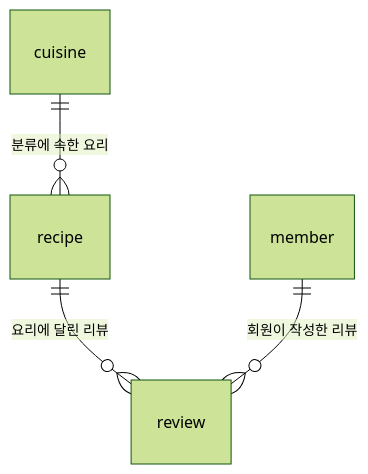
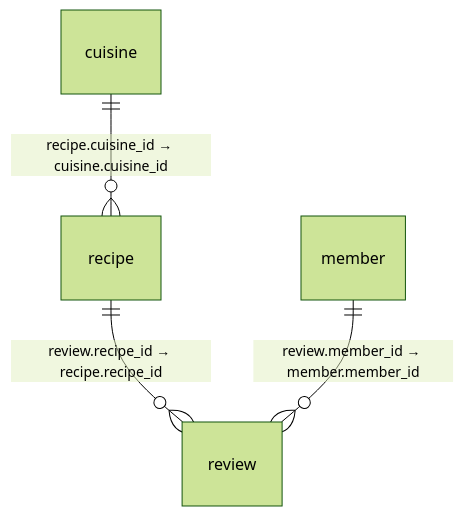
Before and after one commit to PBK98/db_basic: the diagram in README.md, drawn with Mermaid (forest theme).

Commit message:
docs: Mermaid ERD 관계 라벨을 외래키 표기로 변경

````diff
--- a/README.md
+++ b/README.md
@@ -74,6 +74,6 @@
 ```mermaid
 erDiagram
-    cuisine ||--o{ recipe : "분류에 속한 요리"
-    recipe ||--o{ review : "요리에 달린 리뷰"
-    member ||--o{ review : "회원이 작성한 리뷰"
+    cuisine ||--o{ recipe : "recipe.cuisine_id → cuisine.cuisine_id"
+    recipe ||--o{ review : "review.recipe_id → recipe.recipe_id"
+    member ||--o{ review : "review.member_id → member.member_id"
 ```
````
